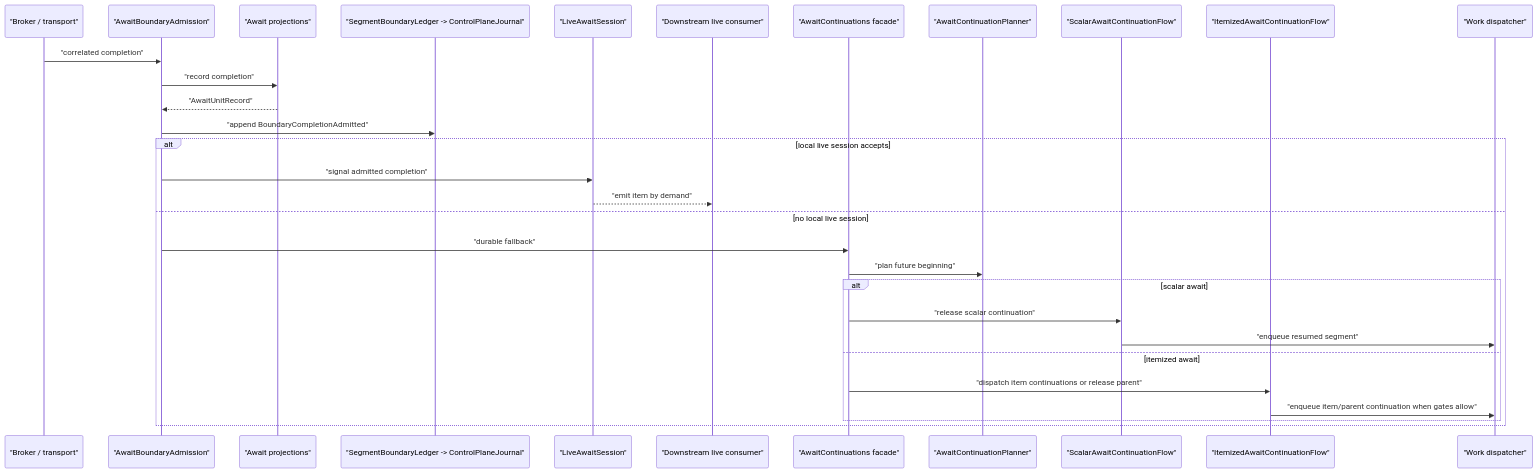
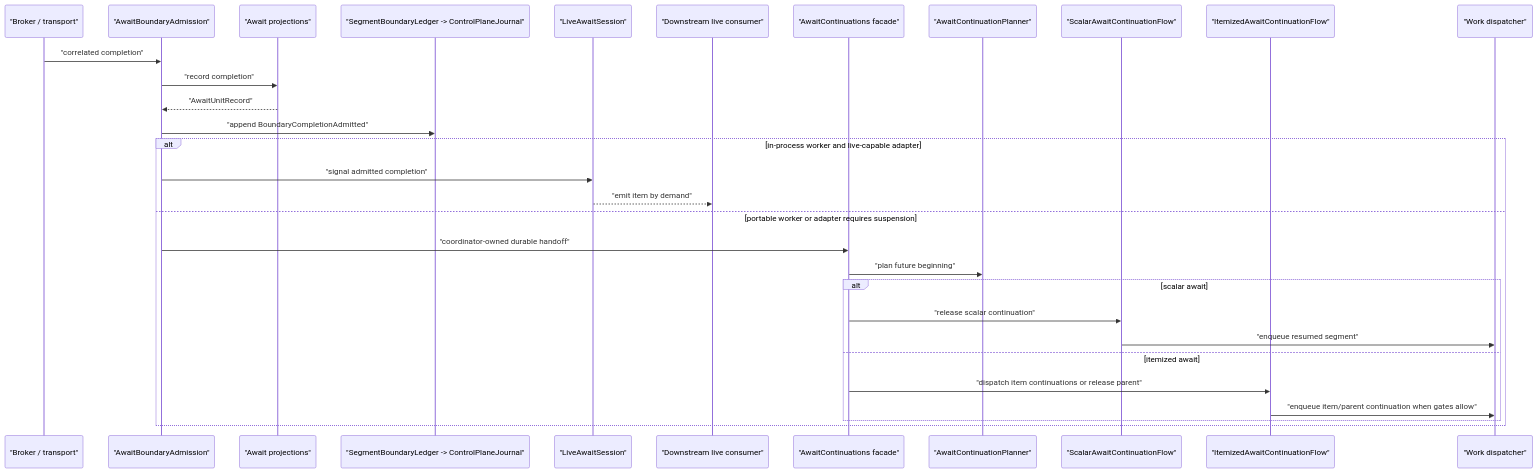
One commit to The-Pipeline-Framework/pipelineframework changed the fourth of 5 diagrams in docs/evolve/await-unit-runtime/immutable-boundaries.md. Above: the diagram before and after it, drawn with Mermaid. The commit also changed 3 other files, not shown here.

Commit message:
docs(await): align continuation diagrams with worker boundaries

````diff
--- a/docs/evolve/await-unit-runtime/immutable-boundaries.md
+++ b/docs/evolve/await-unit-runtime/immutable-boundaries.md
@@ -175,33 +175,33 @@
 ```mermaid
 sequenceDiagram
     participant Broker as "Broker / transport"
     participant Admission as "AwaitBoundaryAdmission"
     participant AwaitStore as "Await projections"
     participant Ledger as "SegmentBoundaryLedger -> ControlPlaneJournal"
     participant Live as "LiveAwaitSession"
     participant Consumer as "Downstream live consumer"
     participant Continue as "AwaitContinuations facade"
     participant Planner as "AwaitContinuationPlanner"
     participant Scalar as "ScalarAwaitContinuationFlow"
     participant Itemized as "ItemizedAwaitContinuationFlow"
     participant Work as "Work dispatcher"
 
     Broker->>Admission: "correlated completion"
     Admission->>AwaitStore: "record completion"
     AwaitStore-->>Admission: "AwaitUnitRecord"
     Admission->>Ledger: "append BoundaryCompletionAdmitted"
-    alt local live session accepts
+    alt in-process worker and live-capable adapter
       Admission->>Live: "signal admitted completion"
       Live-->>Consumer: "emit item by demand"
-    else no local live session
-      Admission->>Continue: "durable fallback"
+    else portable worker or adapter requires suspension
+      Admission->>Continue: "coordinator-owned durable handoff"
       Continue->>Planner: "plan future beginning"
       alt scalar await
         Continue->>Scalar: "release scalar continuation"
         Scalar->>Work: "enqueue resumed segment"
       else itemized await
         Continue->>Itemized: "dispatch item continuations or release parent"
         Itemized->>Work: "enqueue item/parent continuation when gates allow"
       end
     end
 ```
````
